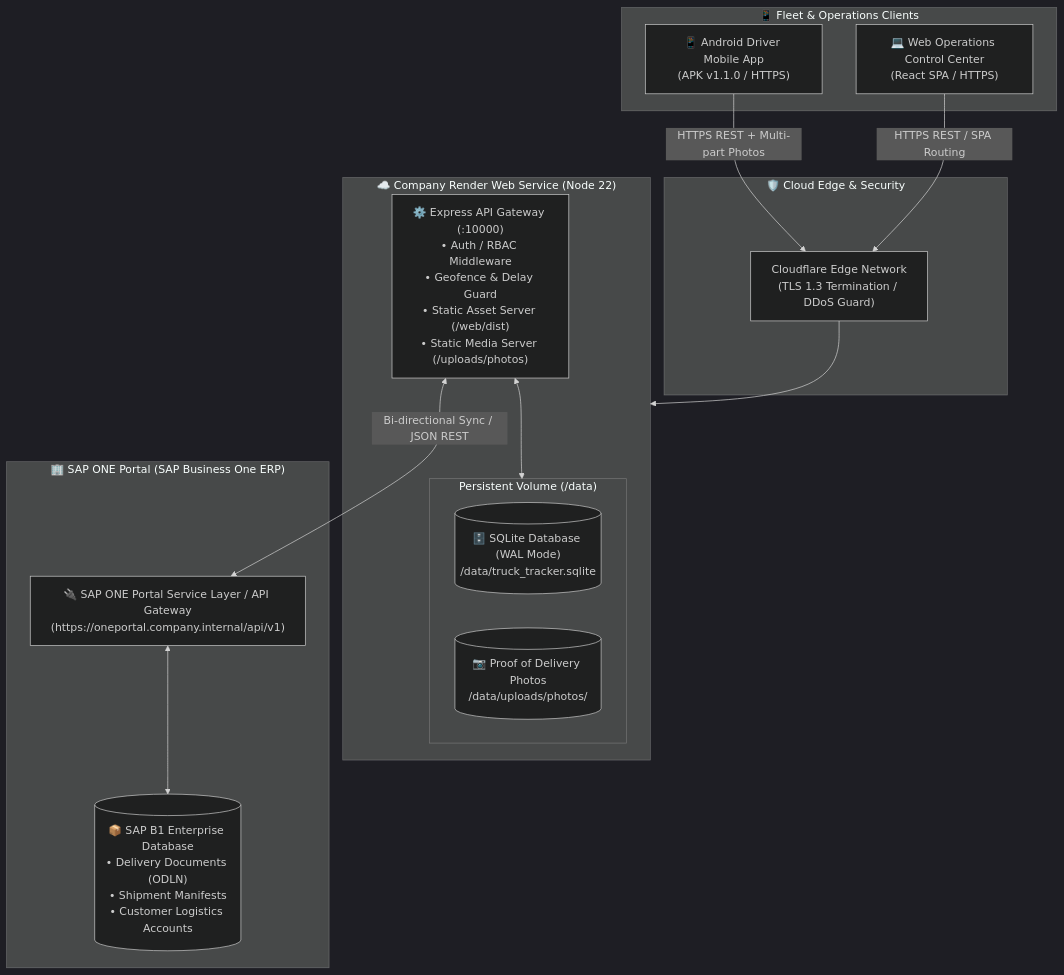
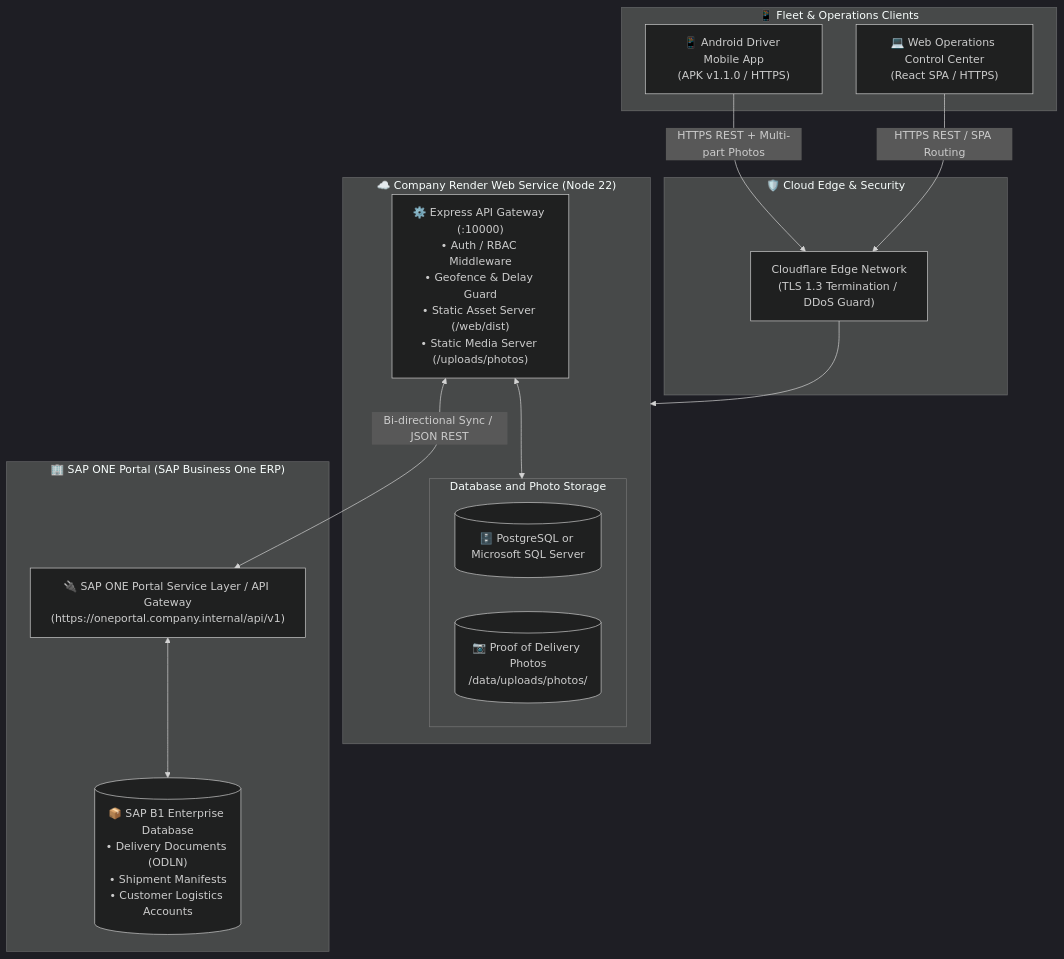
The diagram in documentation/deployment.md (Nixxzzzzz/truck_tracker), drawn with Mermaid (dark theme) before and after one commit. The commit also changed other lines of this file and 5 other files, not shown here.

Commit message:
align documentation with database and photo storage

````diff
--- a/documentation/deployment.md
+++ b/documentation/deployment.md
@@ -9,32 +9,32 @@
 ```mermaid
 flowchart TB
     subgraph Clients["📱 Fleet & Operations Clients"]
         Drivers["📱 Android Driver Mobile App<br/>(APK v1.1.0 / HTTPS)"]
         Managers["💻 Web Operations Control Center<br/>(React SPA / HTTPS)"]
     end
 
     subgraph Cloudflare["🛡️ Cloud Edge & Security"]
         CF["Cloudflare Edge Network<br/>(TLS 1.3 Termination / DDoS Guard)"]
     end
 
     subgraph Render["☁️ Company Render Web Service (Node 22)"]
         Express["⚙️ Express API Gateway (:10000)<br/>• Auth / RBAC Middleware<br/>• Geofence & Delay Guard<br/>• Static Asset Server (/web/dist)<br/>• Static Media Server (/uploads/photos)"]
         
-        subgraph Storage["Persistent Volume (/data)"]
-            DB[("🗄️ SQLite Database (WAL Mode)<br/>/data/truck_tracker.sqlite")]
+        subgraph Storage["Database and Photo Storage"]
+          DB[("🗄️ PostgreSQL or Microsoft SQL Server")]
             Photos[("📷 Proof of Delivery Photos<br/>/data/uploads/photos/")]
         end
     end
 
     subgraph ERP["🏢 SAP ONE Portal (SAP Business One ERP)"]
         SAPGateway["🔌 SAP ONE Portal Service Layer / API Gateway<br/>(https://oneportal.company.internal/api/v1)"]
         SAPLedger[("📦 SAP B1 Enterprise Database<br/>• Delivery Documents (ODLN)<br/>• Shipment Manifests<br/>• Customer Logistics Accounts")]
     end
 
     Drivers -->|HTTPS REST + Multi-part Photos| CF
     Managers -->|HTTPS REST / SPA Routing| CF
     CF --> Render
     Express <--> Storage
     Express <-->|Bi-directional Sync / JSON REST| SAPGateway
     SAPGateway <--> SAPLedger
 ```
````
